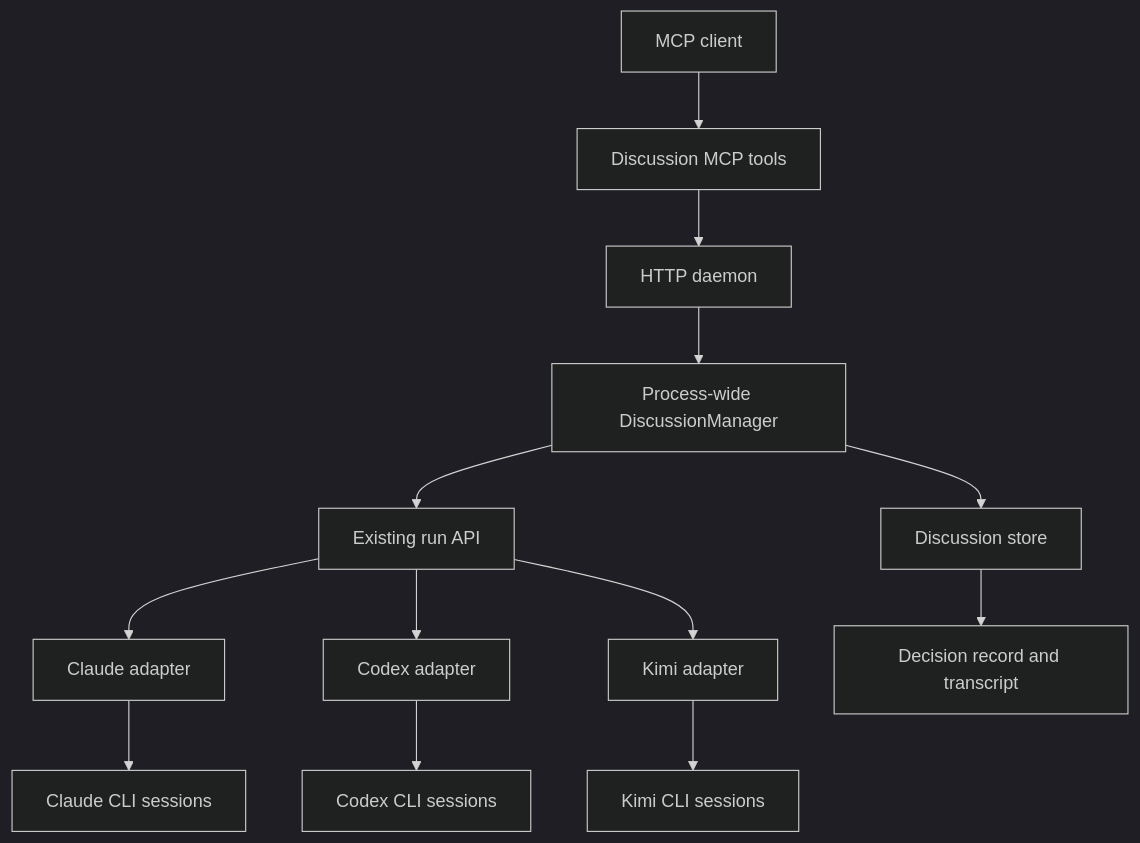
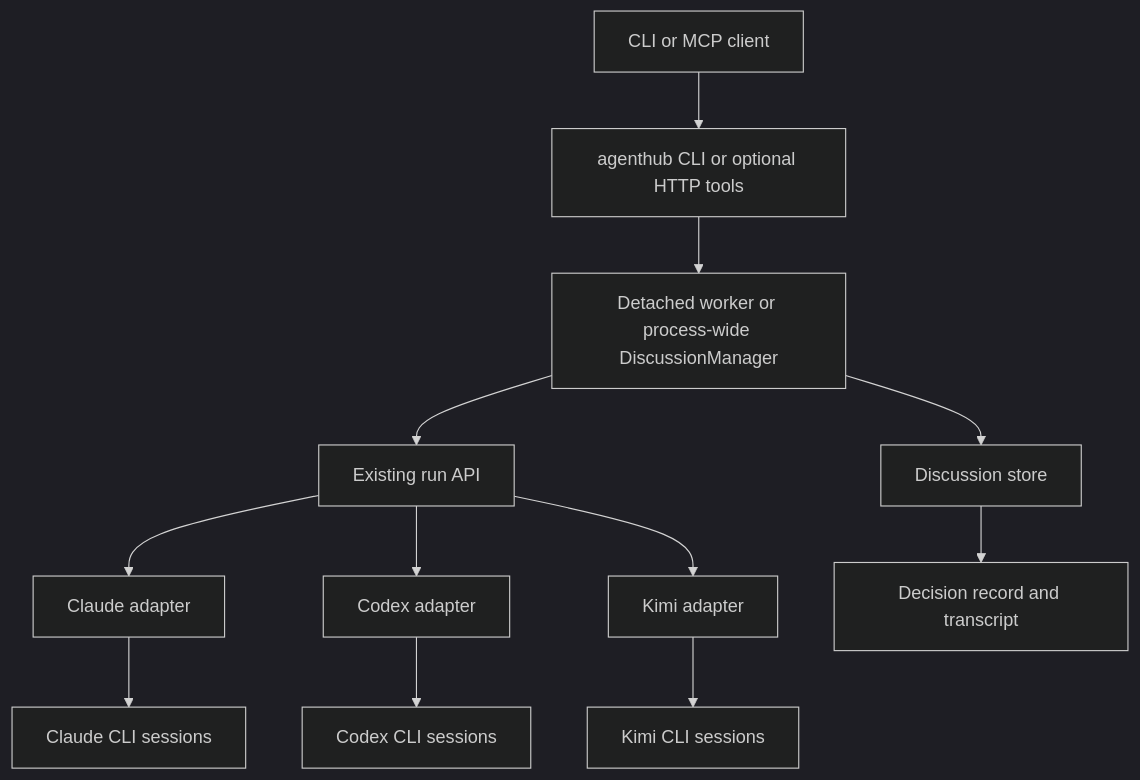
The diagram in docs/discussion-design.md (damaged-soda/agent-hub-mcp), drawn with Mermaid (dark theme) before and after one commit. The commit also changed other lines of this file and 21 other files, not shown here.

Commit message:
feat: 增加 daemon-free CLI 与 skill

````diff
--- a/docs/discussion-design.md
+++ b/docs/discussion-design.md
@@ -149,15 +150,14 @@
 ```mermaid
 flowchart TD
-    Client["MCP client"] --> Tools["Discussion MCP tools"]
-    Tools --> Daemon["HTTP daemon"]
-    Daemon --> Manager["Process-wide DiscussionManager"]
+    Client["CLI or MCP client"] --> Entry["agenthub CLI or optional HTTP tools"]
+    Entry --> Manager["Detached worker or process-wide DiscussionManager"]
     Manager --> Store["Discussion store"]
     Manager --> Runs["Existing run API"]
     Runs --> A1["Claude adapter"]
     Runs --> A2["Codex adapter"]
     Runs --> A3["Kimi adapter"]
     A1 --> S1["Claude CLI sessions"]
     A2 --> S2["Codex CLI sessions"]
     A3 --> S3["Kimi CLI sessions"]
     Store --> Decision["Decision record and transcript"]
 ```
````
